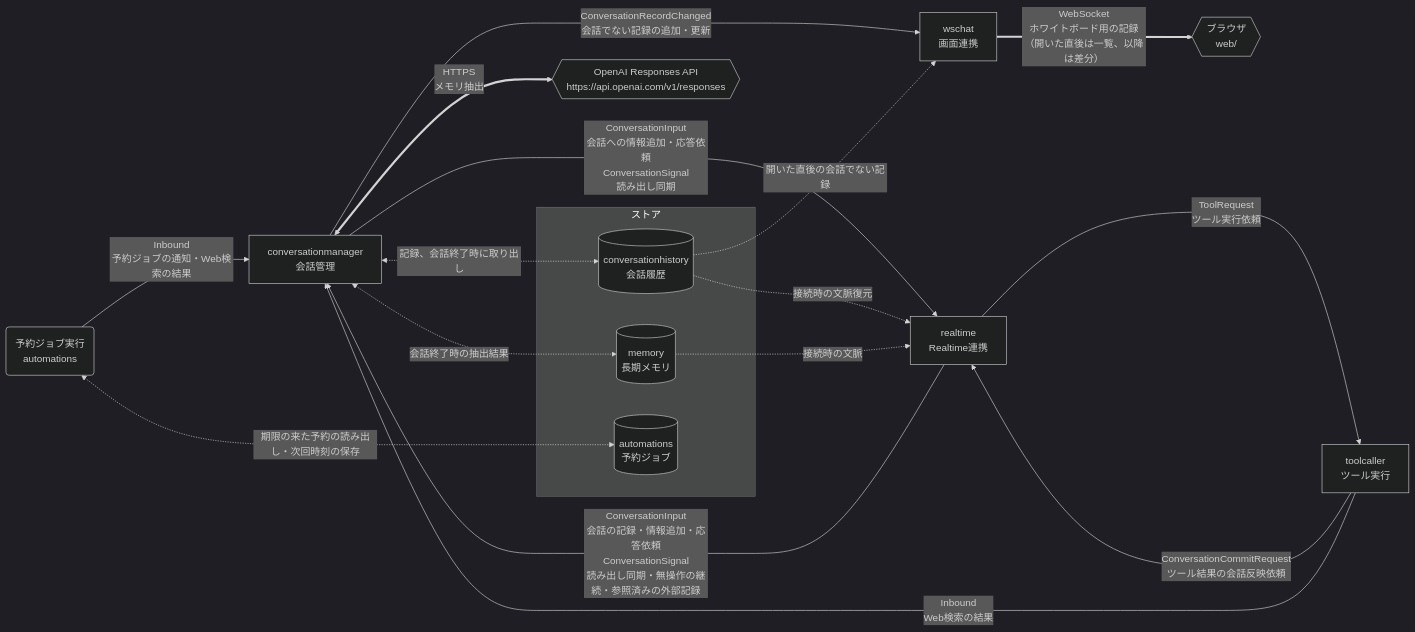
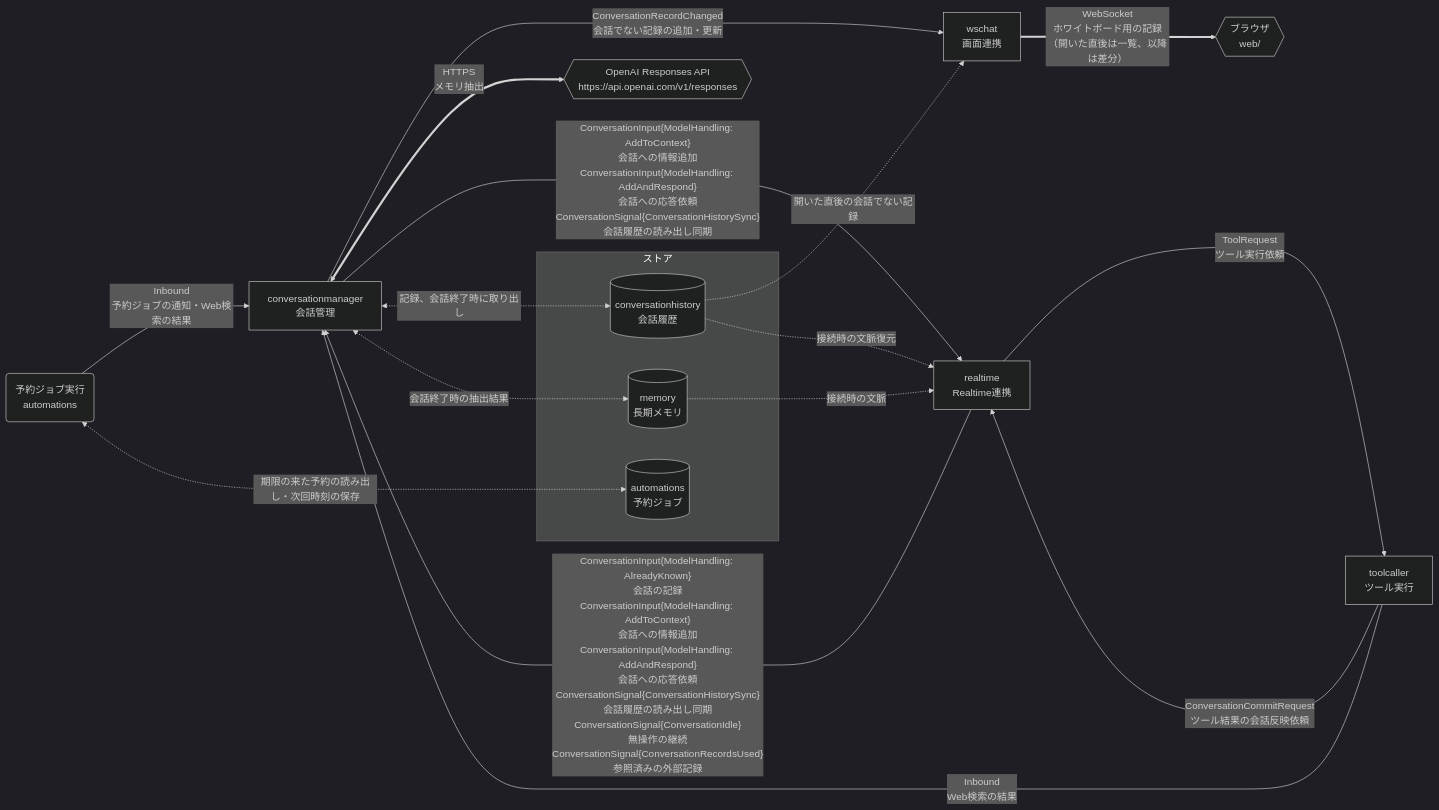
Before and after one commit to tetetratra/smart-speaker: the second of 3 diagrams in README.md, drawn with Mermaid (dark theme).

Commit message:
会話の図のラベルで、ModelHandlingとペイロードの型ごとにイベントの意味を書く

````diff
--- a/README.md
+++ b/README.md
@@ -121,32 +121,32 @@
 ```mermaid
 flowchart LR
     manager["conversationmanager<br/>会話管理"]
     openaiResponses{{"OpenAI Responses API<br/>https://api.openai.com/v1/responses"}}
     rt["realtime<br/>Realtime連携"]
     tool["toolcaller<br/>ツール実行"]
     scheduler("予約ジョブ実行<br/>automations")
     chat["wschat<br/>画面連携"]
     browser{{"ブラウザ<br/>web/"}}
 
     subgraph g0["ストア"]
         historyStore[("conversationhistory<br/>会話履歴")]
         memoryStore[("memory<br/>長期メモリ")]
         automationStore[("automations<br/>予約ジョブ")]
     end
 
     manager <==>|"HTTPS<br/>メモリ抽出"| openaiResponses
-    rt -->|"ConversationInput<br/>会話の記録・情報追加・応答依頼<br/>ConversationSignal<br/>読み出し同期・無操作の継続・参照済みの外部記録"| manager
-    manager --->|"ConversationInput<br/>会話への情報追加・応答依頼<br/>ConversationSignal<br/>読み出し同期"| rt
+    rt -->|"ConversationInput{ModelHandling: AlreadyKnown}<br/>会話の記録<br/>ConversationInput{ModelHandling: AddToContext}<br/>会話への情報追加<br/>ConversationInput{ModelHandling: AddAndRespond}<br/>会話への応答依頼<br/>ConversationSignal{ConversationHistorySync}<br/>会話履歴の読み出し同期<br/>ConversationSignal{ConversationIdle}<br/>無操作の継続<br/>ConversationSignal{ConversationRecordsUsed}<br/>参照済みの外部記録"| manager
+    manager --->|"ConversationInput{ModelHandling: AddToContext}<br/>会話への情報追加<br/>ConversationInput{ModelHandling: AddAndRespond}<br/>会話への応答依頼<br/>ConversationSignal{ConversationHistorySync}<br/>会話履歴の読み出し同期"| rt
     rt -->|"ToolRequest<br/>ツール実行依頼"| tool
     tool --->|"ConversationCommitRequest<br/>ツール結果の会話反映依頼"| rt
     scheduler -->|"Inbound<br/>予約ジョブの通知・Web検索の結果"| manager
     tool -->|"Inbound<br/>Web検索の結果"| manager
     manager <-.->|"記録、会話終了時に取り出し"| historyStore
     historyStore -.->|"接続時の文脈復元"| rt
     memoryStore -.->|"接続時の文脈"| rt
     manager <-.->|"会話終了時の抽出結果"| memoryStore
     manager -->|"ConversationRecordChanged<br/>会話でない記録の追加・更新"| chat
     historyStore -.->|"開いた直後の会話でない記録"| chat
     chat ==>|"WebSocket<br/>ホワイトボード用の記録（開いた直後は一覧、以降は差分）"| browser
     scheduler <-.->|"期限の来た予約の読み出し・次回時刻の保存"| automationStore
 ```
````
